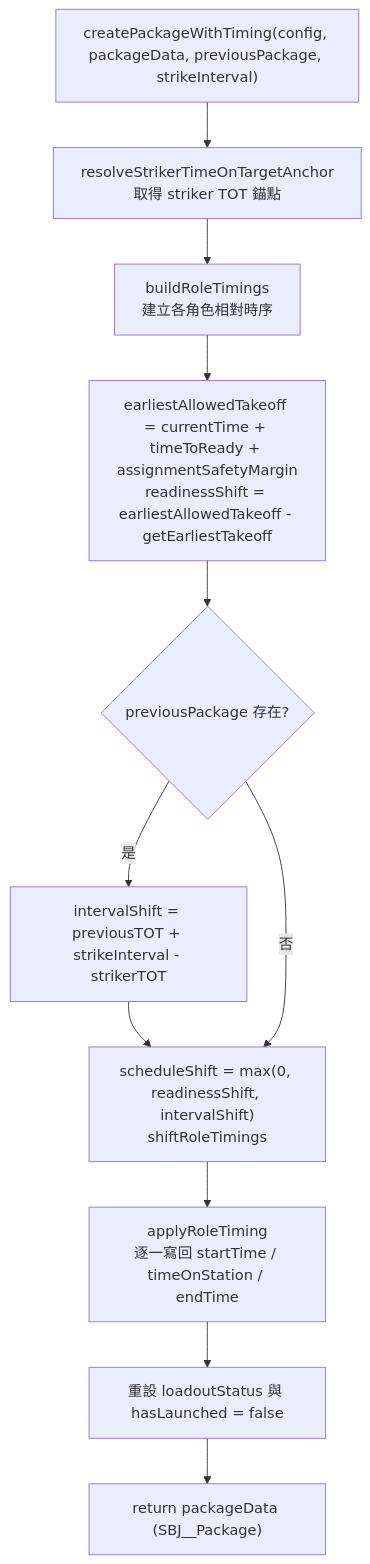
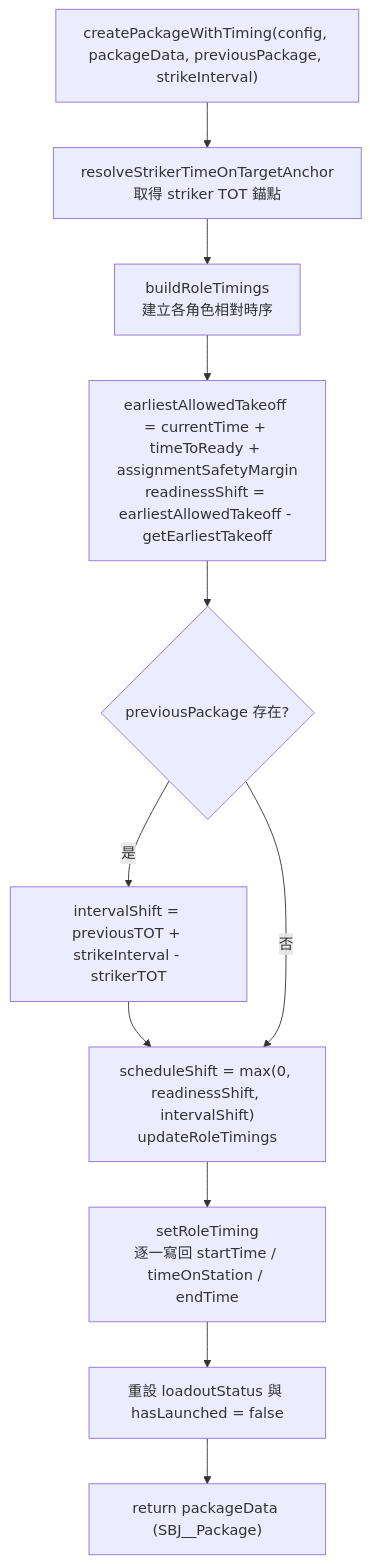
Before and after one commit to pullupjumper/formosa-in-flames: the first of 2 diagrams in docs/strikePlanner/packageTiming.md, drawn with Mermaid. The commit also changed other lines of this file and 93 other files, not shown here.

````diff
--- a/docs/strikePlanner/packageTiming.md
+++ b/docs/strikePlanner/packageTiming.md
@@ -23,18 +23,18 @@
 ```mermaid
 flowchart TD
     ENTRY["createPackageWithTiming(config, packageData, previousPackage, strikeInterval)"]
     ANCHOR["resolveStrikerTimeOnTargetAnchor<br/>取得 striker TOT 錨點"]
     BUILD["buildRoleTimings<br/>建立各角色相對時序"]
     READY["earliestAllowedTakeoff = currentTime + timeToReady + assignmentSafetyMargin<br/>readinessShift = earliestAllowedTakeoff - getEarliestTakeoff"]
     PREV{"previousPackage 存在?"}
     INTERVAL["intervalShift = previousTOT + strikeInterval - strikerTOT"]
-    SHIFT["scheduleShift = max(0, readinessShift, intervalShift)<br/>shiftRoleTimings"]
-    APPLY["applyRoleTiming<br/>逐一寫回 startTime / timeOnStation / endTime"]
+    SHIFT["scheduleShift = max(0, readinessShift, intervalShift)<br/>updateRoleTimings"]
+    APPLY["setRoleTiming<br/>逐一寫回 startTime / timeOnStation / endTime"]
     LOADOUT["重設 loadoutStatus 與 hasLaunched = false"]
     RET["return packageData (SBJ__Package)"]
 
     ENTRY --> ANCHOR --> BUILD --> READY --> PREV
     PREV -->|是| INTERVAL --> SHIFT
     PREV -->|否| SHIFT
     SHIFT --> APPLY --> LOADOUT --> RET
 ```
````
